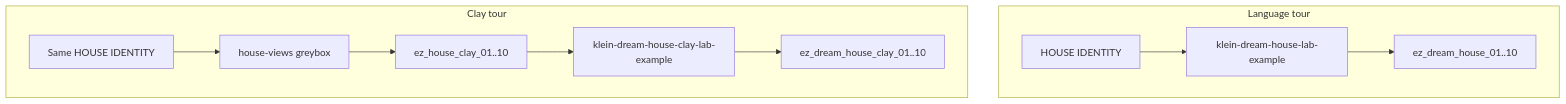
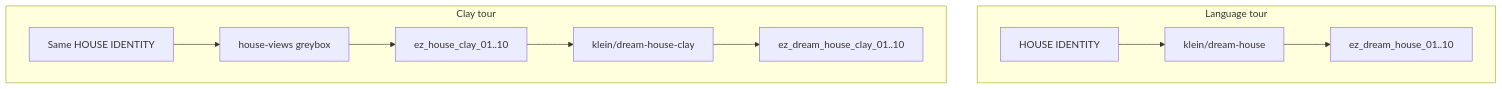
One commit to toxicoder/ez-comfy-stack changed the diagram in docs/learn/dream-house.md. Above: the diagram before and after it, drawn with Mermaid. The commit also changed other lines of this file and 726 other files, not shown here.

````diff
--- a/docs/learn/dream-house.md
+++ b/docs/learn/dream-house.md
@@ -29,13 +29,13 @@
 ```mermaid
 flowchart TB
   subgraph Language["Language tour"]
-    A["HOUSE IDENTITY"] --> B["klein-dream-house-lab-example"]
+    A["HOUSE IDENTITY"] --> B["klein/dream-house"]
     B --> C["ez_dream_house_01..10"]
   end
   subgraph Clay["Clay tour"]
     D["Same HOUSE IDENTITY"] --> E["house-views greybox"]
     E --> F["ez_house_clay_01..10"]
-    F --> G["klein-dream-house-clay-lab-example"]
+    F --> G["klein/dream-house-clay"]
     G --> H["ez_dream_house_clay_01..10"]
   end
 ```
````
